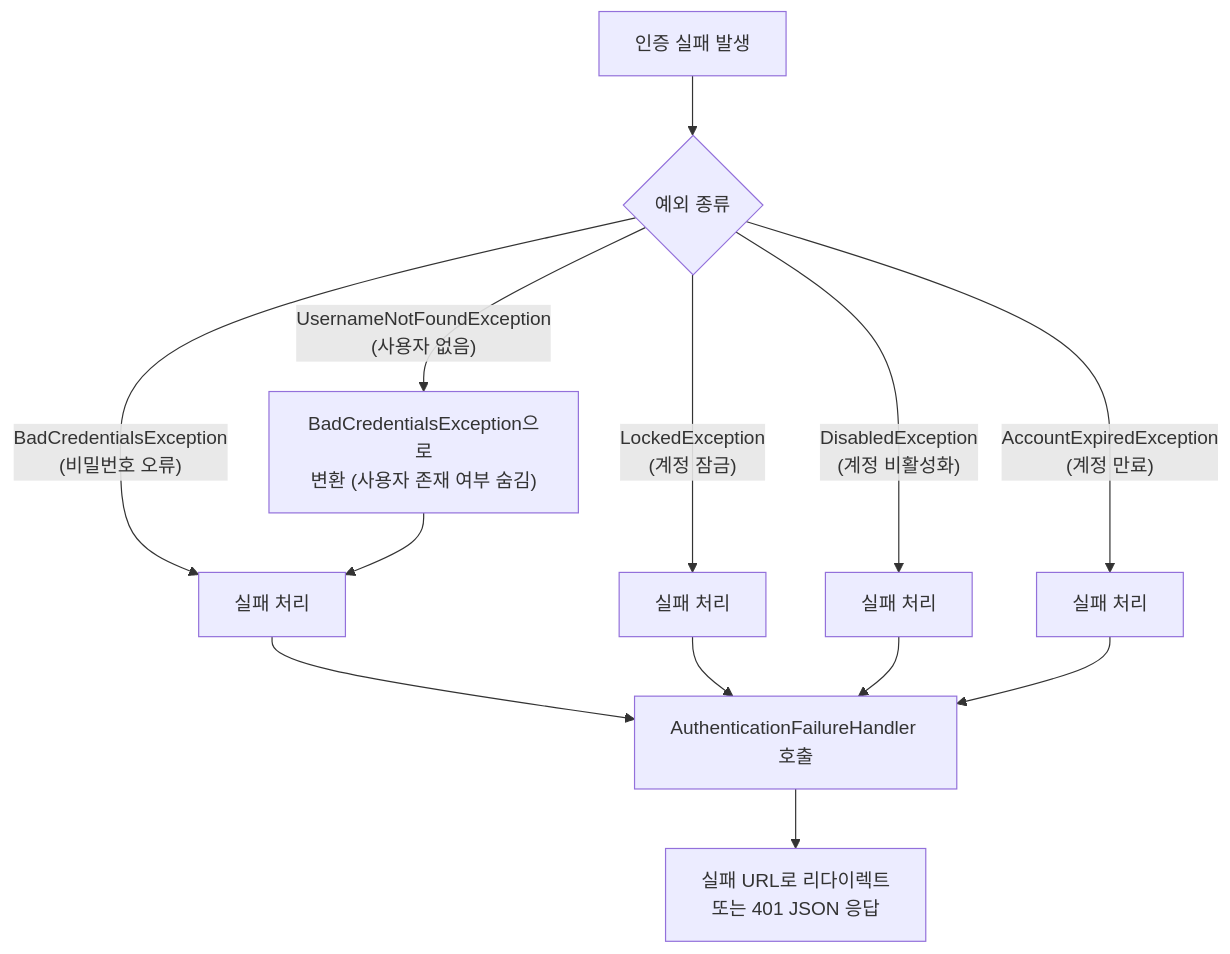
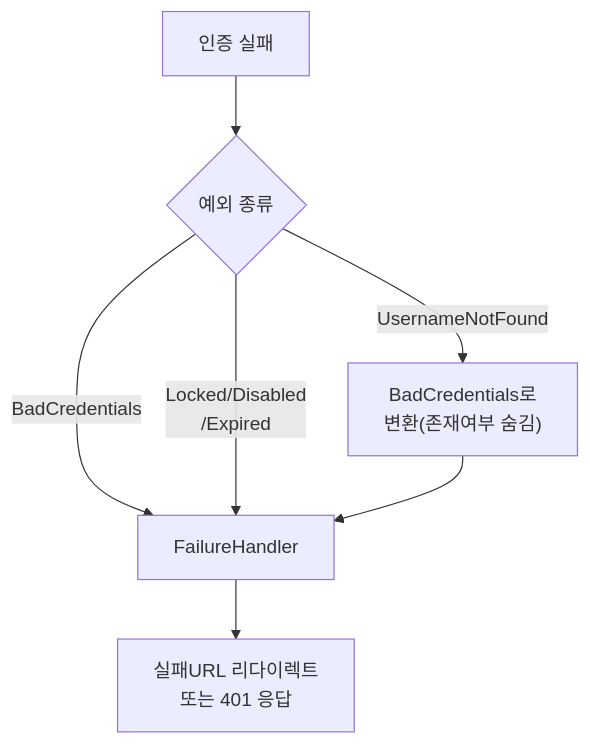
The second of 3 diagrams in _posts/security/2021-05-31-AuthenticationFlow.md (yjkim2015/yjkim2015.github.io), drawn with Mermaid before and after one commit. The commit also changed other lines of this file and 215 other files, not shown here.

First line of the commit message:
신규 포스트 10개 추가 + Mermaid 전면 축소 + SystemDesign 시리즈 보강

````diff
--- a/_posts/security/2021-05-31-AuthenticationFlow.md
+++ b/_posts/security/2021-05-31-AuthenticationFlow.md
@@ -160,15 +143,9 @@
 ```mermaid
 flowchart TD
-    A["인증 실패 발생"] --> B{"예외 종류"}
-    B -- "UsernameNotFoundException\n(사용자 없음)" --> C["BadCredentialsException으로\n변환 (사용자 존재 여부 숨김)"]
-    B -- "BadCredentialsException\n(비밀번호 오류)" --> D["실패 처리"]
-    B -- "LockedException\n(계정 잠금)" --> E["실패 처리"]
-    B -- "DisabledException\n(계정 비활성화)" --> F["실패 처리"]
-    B -- "AccountExpiredException\n(계정 만료)" --> G["실패 처리"]
+    A["인증 실패"] --> B{"예외 종류"}
+    B -- "UsernameNotFound" --> C["BadCredentials로\n변환(존재여부 숨김)"]
+    B -- "BadCredentials" --> D["FailureHandler"]
+    B -- "Locked/Disabled\n/Expired" --> D
     C --> D
-    D --> H["AuthenticationFailureHandler 호출"]
-    E --> H
-    F --> H
-    G --> H
-    H --> I["실패 URL로 리다이렉트\n또는 401 JSON 응답"]
+    D --> E["실패URL 리다이렉트\n또는 401 응답"]
 ```
````
